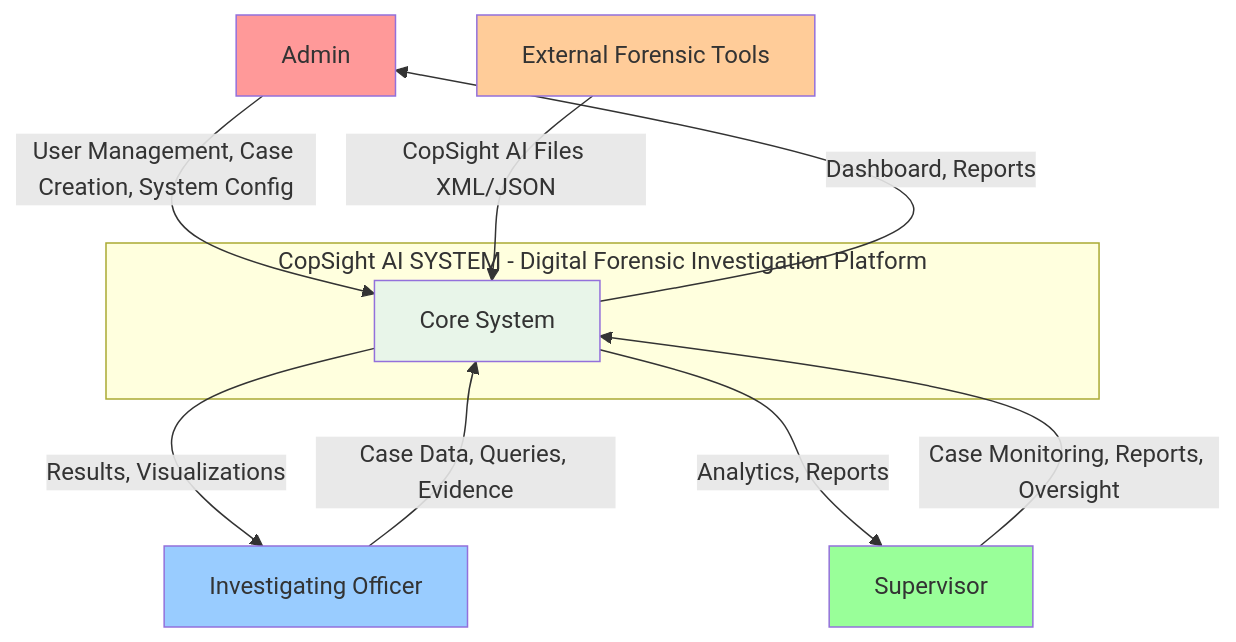
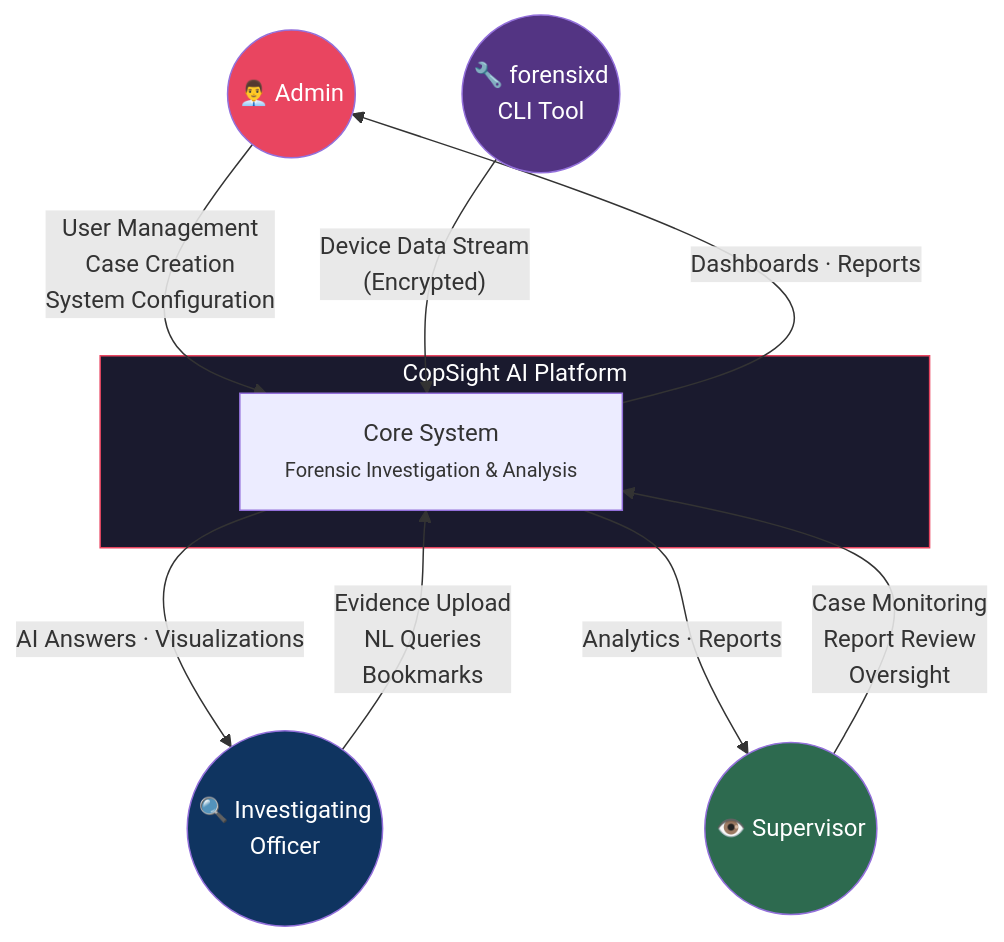
Before and after one commit to beingbrijesh/CopSight: the first of 7 diagrams in DATA-FLOW-DIAGRAM.md, drawn with Mermaid. The commit also changed other lines of this file and 10 other files, not shown here.

Commit message:
docs: Update architecture diagrams and blueprints with graphify structural analysis

````diff
--- a/DATA-FLOW-DIAGRAM.md
+++ b/DATA-FLOW-DIAGRAM.md
@@ -5,26 +11,26 @@
 ```mermaid
 graph TB
-    Admin[Admin]
-    IO[Investigating Officer]
-    Supervisor[Supervisor]
-    External[External Forensic Tools]
-    
-    subgraph CopSight AI[CopSight AI SYSTEM - Digital Forensic Investigation Platform]
-        Core[Core System]
+    Admin(("👨‍💼 Admin"))
+    IO(("🔍 Investigating<br/>Officer"))
+    Supervisor(("👁️ Supervisor"))
+    ForensixdTool(("🔧 forensixd<br/>CLI Tool"))
+
+    subgraph System["CopSight AI Platform"]
+        Core["Core System<br/><small>Forensic Investigation & Analysis</small>"]
     end
-    
-    Admin -->|User Management, Case Creation, System Config| Core
-    IO -->|Case Data, Queries, Evidence| Core
-    Supervisor -->|Case Monitoring, Reports, Oversight| Core
-    External -->|CopSight AI Files XML/JSON| Core
-    
-    Core -->|Dashboard, Reports| Admin
-    Core -->|Results, Visualizations| IO
-    Core -->|Analytics, Reports| Supervisor
-    
-    style Admin fill:#ff9999
-    style IO fill:#99ccff
-    style Supervisor fill:#99ff99
-    style External fill:#ffcc99
-    style Core fill:#e8f5e9
+
+    Admin -->|"User Management<br/>Case Creation<br/>System Configuration"| Core
+    IO -->|"Evidence Upload<br/>NL Queries<br/>Bookmarks"| Core
+    Supervisor -->|"Case Monitoring<br/>Report Review<br/>Oversight"| Core
+    ForensixdTool -->|"Device Data Stream<br/>(Encrypted)"| Core
+
+    Core -->|"Dashboards · Reports"| Admin
+    Core -->|"AI Answers · Visualizations"| IO
+    Core -->|"Analytics · Reports"| Supervisor
+
+    style System fill:#1a1a2e,stroke:#e94560,color:#fff
+    style Admin fill:#e94560,color:#fff
+    style IO fill:#0f3460,color:#fff
+    style Supervisor fill:#2d6a4f,color:#fff
+    style ForensixdTool fill:#533483,color:#fff
 ```
````
